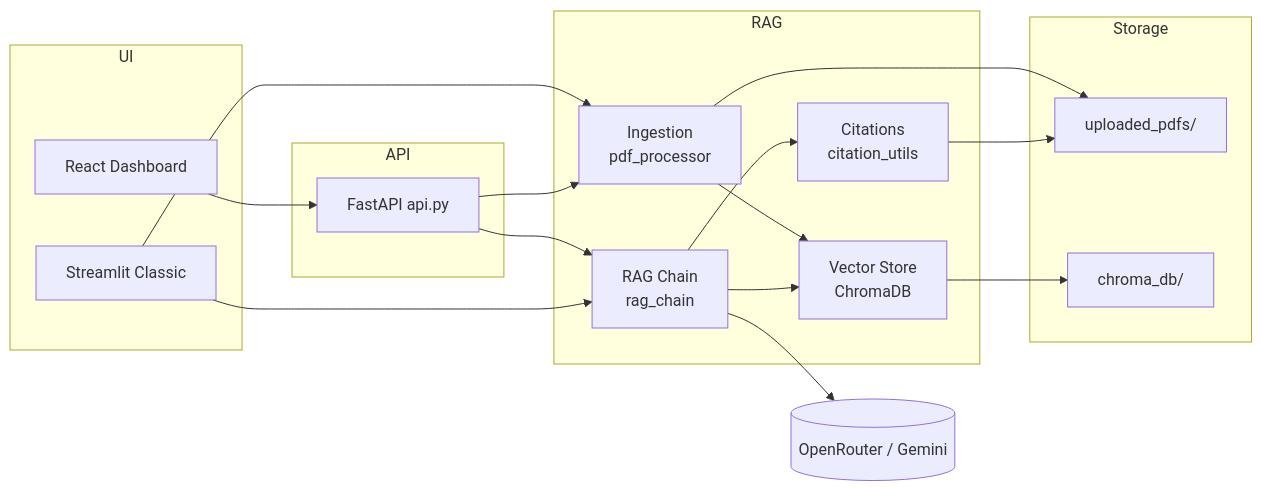
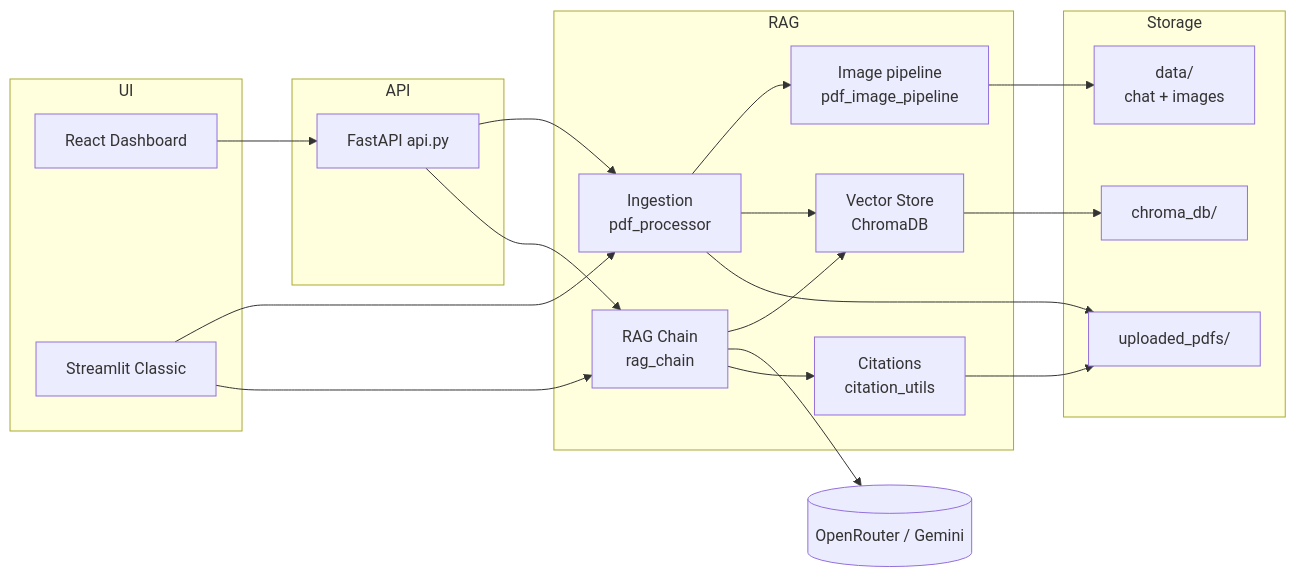
One commit to Rutujadb/Multi-PDF-ChatBot changed the first of 3 diagrams in README.md. Above: the diagram before and after it, drawn with Mermaid. The commit also changed other lines of this file and 3 other files, not shown here.

````diff
--- a/README.md
+++ b/README.md
@@ -96,34 +101,38 @@
 ```mermaid
 flowchart LR
     subgraph UI
         R[React Dashboard]
         S[Streamlit Classic]
     end
     subgraph API
         F[FastAPI api.py]
     end
     subgraph RAG
         I[Ingestion\npdf_processor]
+        IMG[Image pipeline\npdf_image_pipeline]
         V[Vector Store\nChromaDB]
         G[RAG Chain\nrag_chain]
         C[Citations\ncitation_utils]
     end
     subgraph Storage
         P[uploaded_pdfs/]
         D[chroma_db/]
+        M[data/\nchat + images]
     end
     LLM[(OpenRouter / Gemini)]
 
     R --> F
     S --> I
     F --> I
+    I --> IMG
+    IMG --> M
     I --> V
     I --> P
     V --> D
     F --> G
     S --> G
     G --> V
     G --> LLM
     G --> C
     C --> P
 ```
````
